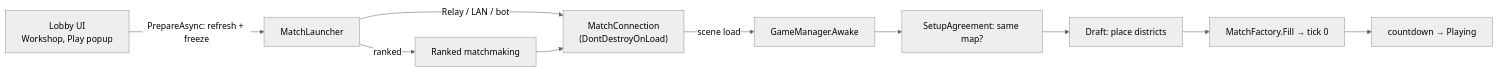
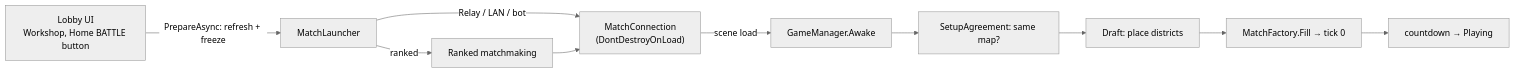
The diagram in notes/0 Realms/Lobby.md (owen-donohoe/NodeGame), drawn with Mermaid (neutral theme) before and after one commit. The commit also changed other lines of this file and 33 other files, not shown here.

````diff
--- a/notes/0 Realms/Lobby.md
+++ b/notes/0 Realms/Lobby.md
@@ -39,12 +39,12 @@
 ```mermaid
 flowchart LR
-    L["Lobby UI<br/>Workshop, Play popup"] -->|PrepareAsync: refresh + freeze| ML[MatchLauncher]
+    L["Lobby UI<br/>Workshop, Home BATTLE button"] -->|PrepareAsync: refresh + freeze| ML[MatchLauncher]
     ML -->|ranked| RM[Ranked matchmaking]
     ML -->|Relay / LAN / bot| MC
     RM --> MC["MatchConnection<br/>(DontDestroyOnLoad)"]
     MC -->|scene load| GM[GameManager.Awake]
     GM --> SA[SetupAgreement: same map?]
     SA --> D[Draft: place districts]
     D --> MF["MatchFactory.Fill → tick 0"]
     MF --> CD[countdown → Playing]
 ```
````
